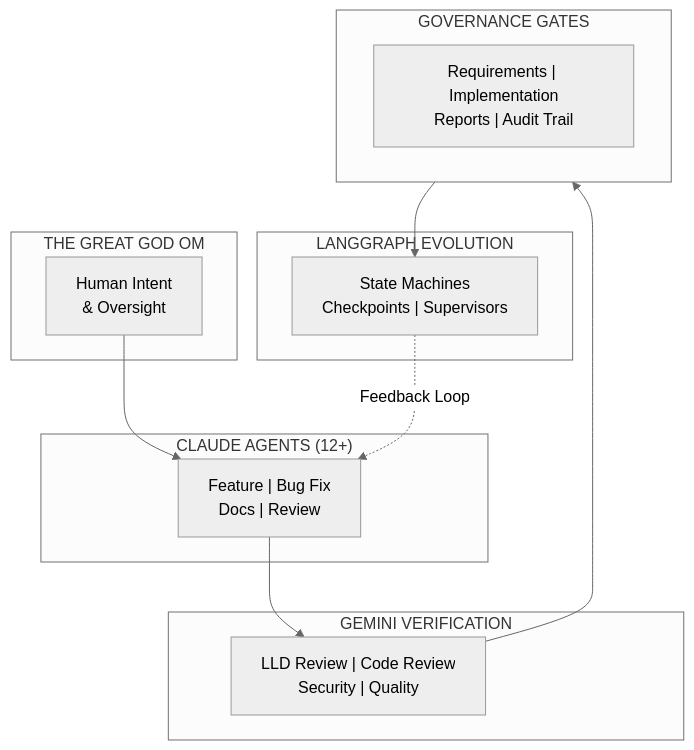
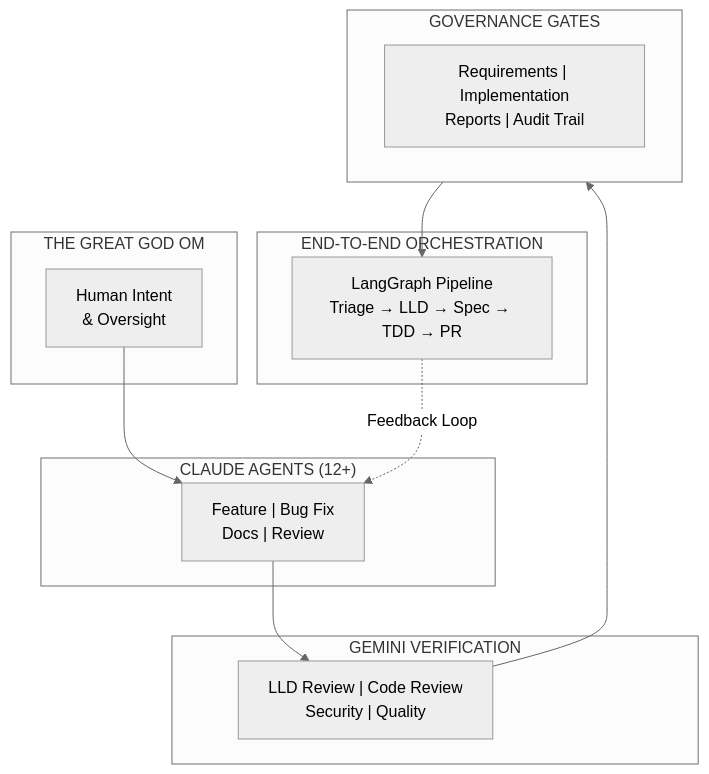
One commit to martymcenroe/AssemblyZero changed the first of 4 diagrams in wiki/Home.md. Above: the diagram before and after it, drawn with Mermaid (neutral theme). The commit also changed other lines of this file and 13 other files, not shown here.

````diff
--- a/wiki/Home.md
+++ b/wiki/Home.md
@@ -7,28 +7,28 @@
 ```mermaid
 graph TD
     subgraph Intent["THE GREAT GOD OM"]
         O["Human Intent<br/>& Oversight"]
     end
 
     subgraph Agents["CLAUDE AGENTS (12+)"]
         A["Feature | Bug Fix<br/>Docs | Review"]
     end
 
     subgraph Verify["GEMINI VERIFICATION"]
         G["LLD Review | Code Review<br/>Security | Quality"]
     end
 
     subgraph Gov["GOVERNANCE GATES"]
         M["Requirements | Implementation<br/>Reports | Audit Trail"]
     end
 
-    subgraph Future["LANGGRAPH EVOLUTION"]
-        R["State Machines<br/>Checkpoints | Supervisors"]
+    subgraph Orch["END-TO-END ORCHESTRATION"]
+        R["LangGraph Pipeline<br/>Triage → LLD → Spec → TDD → PR"]
     end
 
     O --> A
     A --> G
     G --> Gov
     Gov --> R
     R -.->|"Feedback Loop"| A
 ```
````
